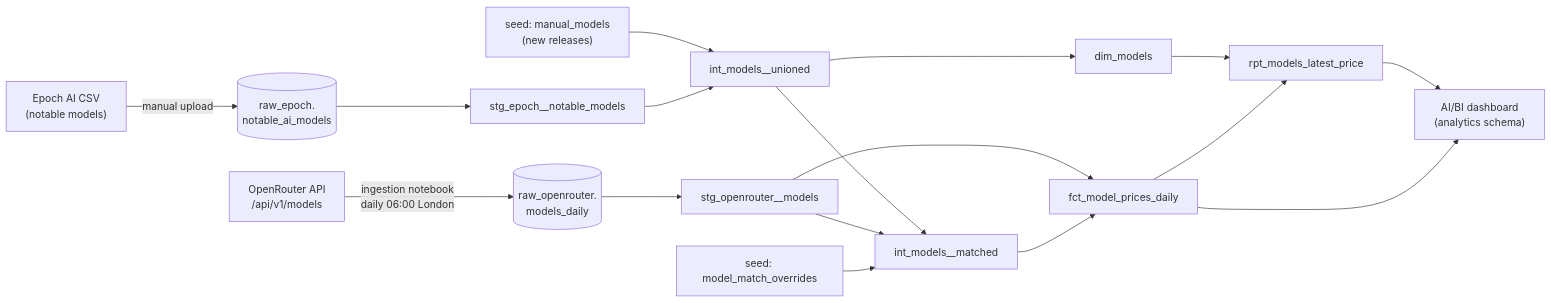
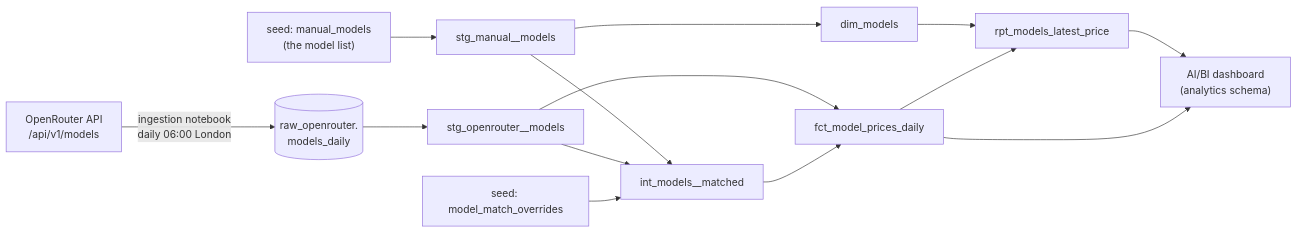
One commit to Nicholas-create/dbt-databricks-sandbox changed the first of 2 diagrams in README.md. Above: the diagram before and after it, drawn with Mermaid. The commit also changed other lines of this file and 4 other files, not shown here.

````diff
--- a/README.md
+++ b/README.md
@@ -50,24 +81,21 @@
 ```mermaid
 flowchart LR
-    epoch_csv["Epoch AI CSV<br/>(notable models)"] -->|manual upload| raw_epoch[("raw_epoch.<br/>notable_ai_models")]
     or_api["OpenRouter API<br/>/api/v1/models"] -->|"ingestion notebook<br/>daily 06:00 London"| raw_or[("raw_openrouter.<br/>models_daily")]
+    seed_models["seed: manual_models<br/>(the model list)"] --> stg_models["stg_manual__models"]
 
-    raw_epoch --> stg_epoch["stg_epoch__notable_models"]
     raw_or --> stg_or["stg_openrouter__models"]
 
-    seed_models["seed: manual_models<br/>(new releases)"] --> int_union_models["int_models__unioned"]
-    stg_epoch --> int_union_models
-    int_union_models --> int_matched["int_models__matched"]
+    stg_models --> int_matched["int_models__matched"]
     stg_or --> int_matched
     seed["seed: model_match_overrides"] --> int_matched
 
-    int_union_models --> dim["dim_models"]
+    stg_models --> dim["dim_models"]
     stg_or --> fct["fct_model_prices_daily"]
     int_matched --> fct
 
     dim --> rpt["rpt_models_latest_price"]
     fct --> rpt
 
     rpt --> dash["AI/BI dashboard<br/>(analytics schema)"]
     fct --> dash
 ```
````
